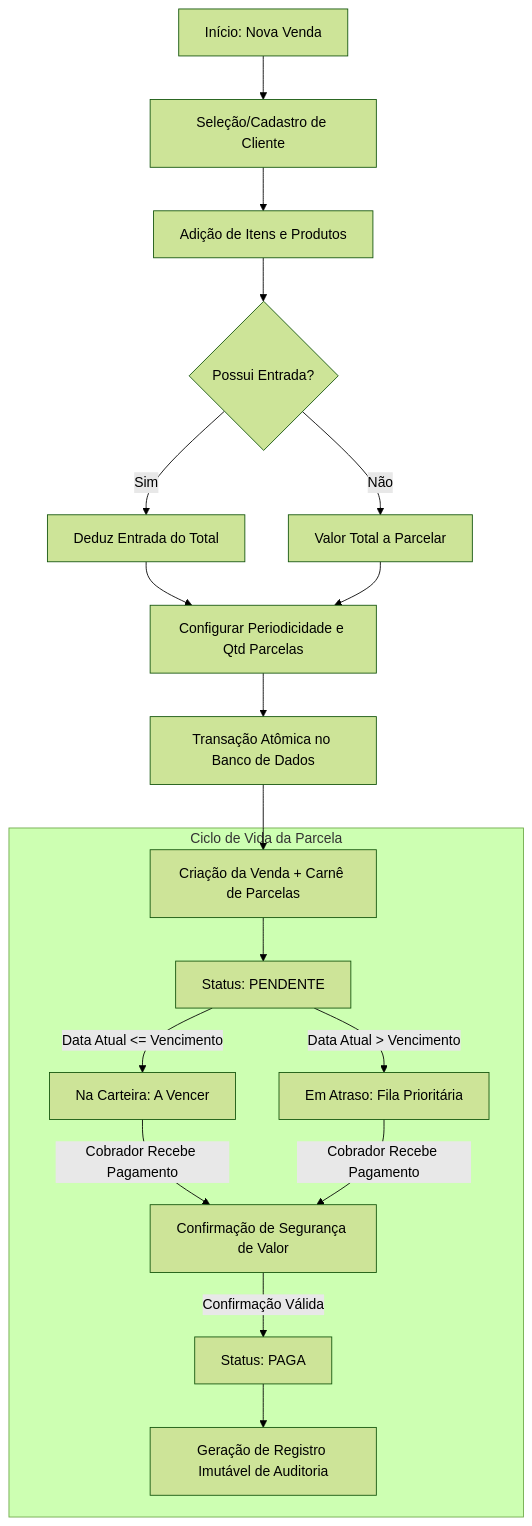
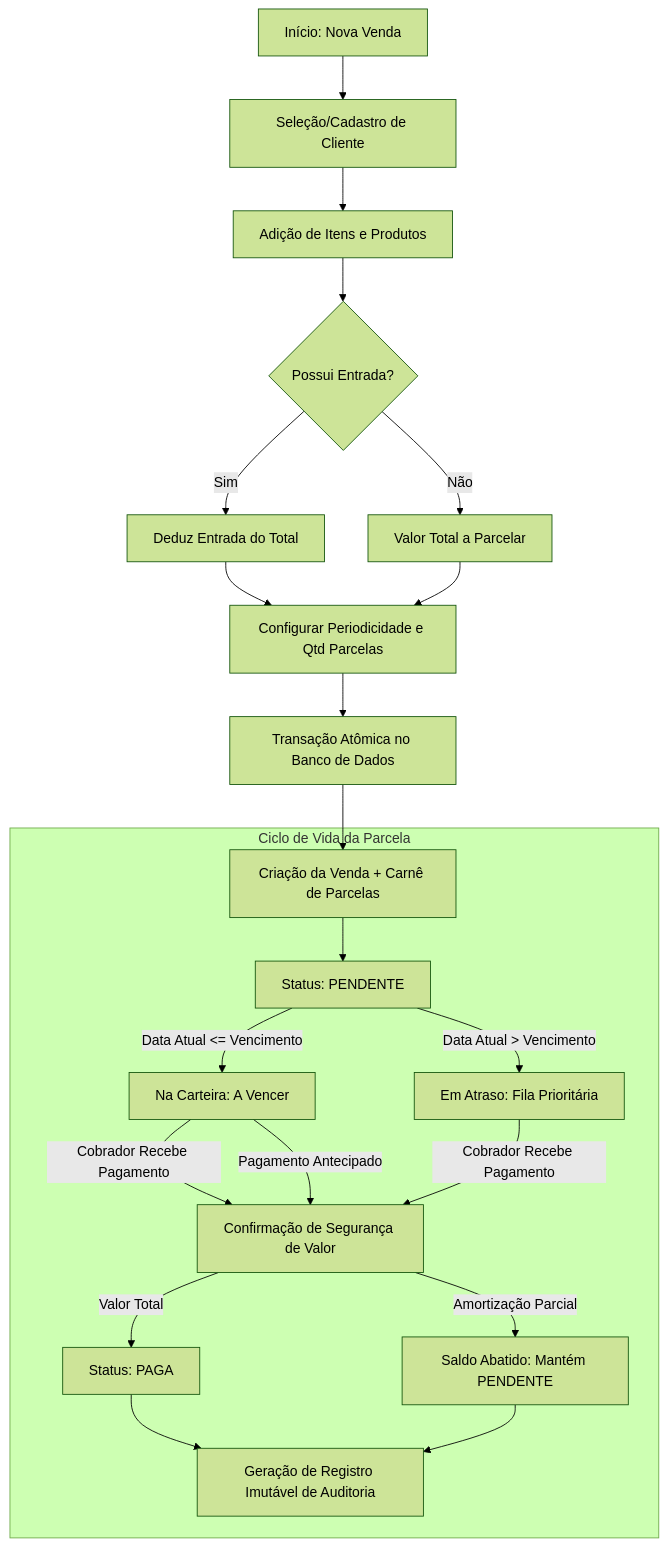
One commit to vitoraugustonb-cod/CrediarioSysten changed the second of 2 diagrams in README.md. Above: the diagram before and after it, drawn with Mermaid (forest theme).

Commit message:
docs: enriquecer diagrama de ciclo de vida com amortizacao e quitacao antecipada

````diff
--- a/README.md
+++ b/README.md
@@ -214,22 +214,25 @@
 ```mermaid
 flowchart TD
     A[Início: Nova Venda] --> B[Seleção/Cadastro de Cliente]
     B --> C[Adição de Itens e Produtos]
     C --> D{Possui Entrada?}
     D -- Sim --> E[Deduz Entrada do Total]
     D -- Não --> F[Valor Total a Parcelar]
     E --> G[Configurar Periodicidade e Qtd Parcelas]
     F --> G
     G --> H[Transação Atômica no Banco de Dados]
     H --> I[Criação da Venda + Carnê de Parcelas]
     
     subgraph Ciclo de Vida da Parcela
         I --> J[Status: PENDENTE]
         J -->|Data Atual <= Vencimento| K[Na Carteira: A Vencer]
         J -->|Data Atual > Vencimento| L[Em Atraso: Fila Prioritária]
         K -->|Cobrador Recebe Pagamento| M[Confirmação de Segurança de Valor]
         L -->|Cobrador Recebe Pagamento| M
-        M -->|Confirmação Válida| N[Status: PAGA]
+        K -->|Pagamento Antecipado| M
+        M -->|Valor Total| N[Status: PAGA]
+        M -->|Amortização Parcial| P[Saldo Abatido: Mantém PENDENTE]
+        P --> O[Geração de Registro Imutável de Auditoria]
         N --> O[Geração de Registro Imutável de Auditoria]
     end
 ```
````
